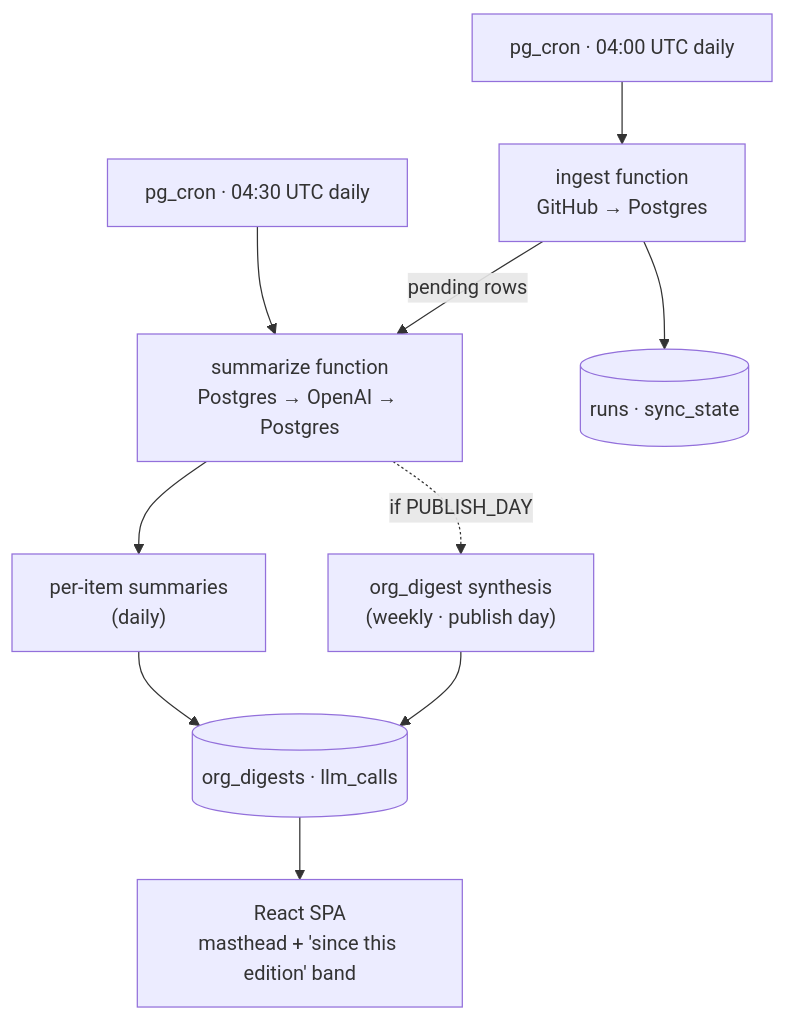
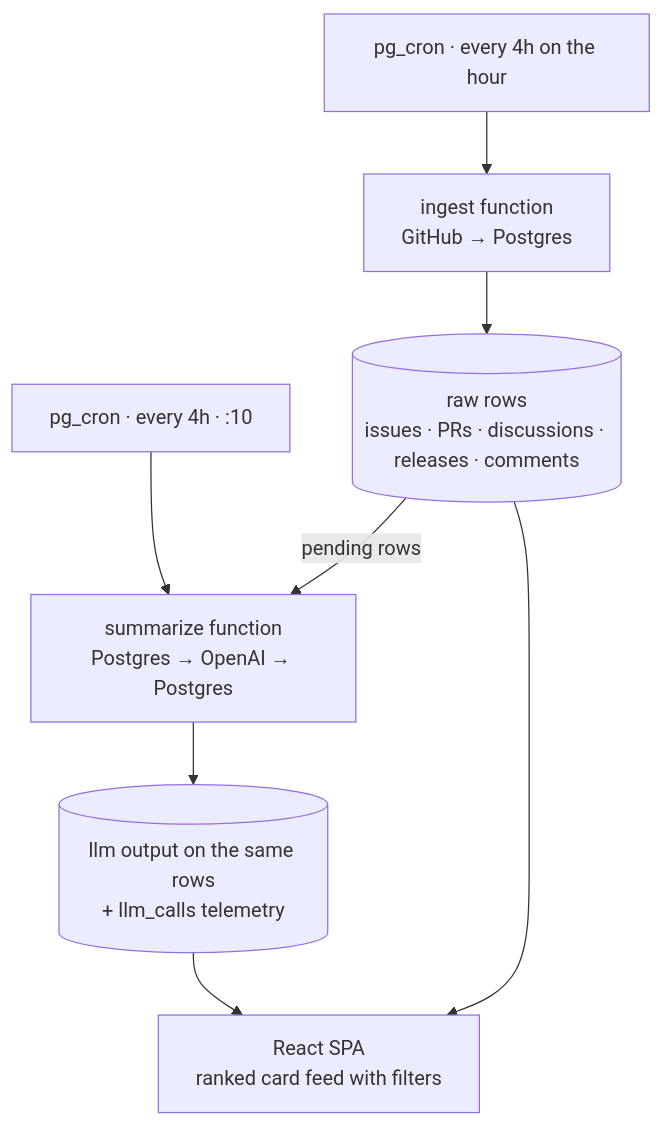
One commit to smartargs/gasetta changed the diagram in ARCHITECTURE.md. Above: the diagram before and after it, drawn with Mermaid. The commit also changed other lines of this file and 6 other files, not shown here.

````diff
--- a/ARCHITECTURE.md
+++ b/ARCHITECTURE.md
@@ -69,22 +32,17 @@
 ```mermaid
 flowchart TD
-    cron1["pg_cron · 04:00 UTC daily"]
-    cron2["pg_cron · 04:30 UTC daily"]
-    ingest["ingest function<br/>GitHub → Postgres"]
-    summarize["summarize function<br/>Postgres → OpenAI → Postgres"]
-    items["per-item summaries<br/>(daily)"]
-    digest["org_digest synthesis<br/>(weekly · publish day)"]
-    runs[("runs · sync_state")]
-    digests[("org_digests · llm_calls")]
-    spa["React SPA<br/>masthead + 'since this edition' band"]
+  cron1["pg_cron · every 4h on the hour"]
+  cron2["pg_cron · every 4h · :10"]
+  ingest["ingest function<br/>GitHub → Postgres"]
+  summarize["summarize function<br/>Postgres → OpenAI → Postgres"]
+  raw[("raw rows<br/>issues · PRs · discussions · releases · comments")]
+  llm[("llm output on the same rows<br/>+ llm_calls telemetry")]
+  spa["React SPA<br/>ranked card feed with filters"]
 
-    cron1 --> ingest
-    cron2 --> summarize
-    ingest -- "pending rows" --> summarize
-    ingest --> runs
-    summarize --> items
-    summarize -. "if PUBLISH_DAY" .-> digest
-    items --> digests
-    digest --> digests
-    digests --> spa
+  cron1 --> ingest --> raw
+  cron2 --> summarize
+  raw -- "pending rows" --> summarize
+  summarize --> llm
+  raw --> spa
+  llm --> spa
 ```
````
